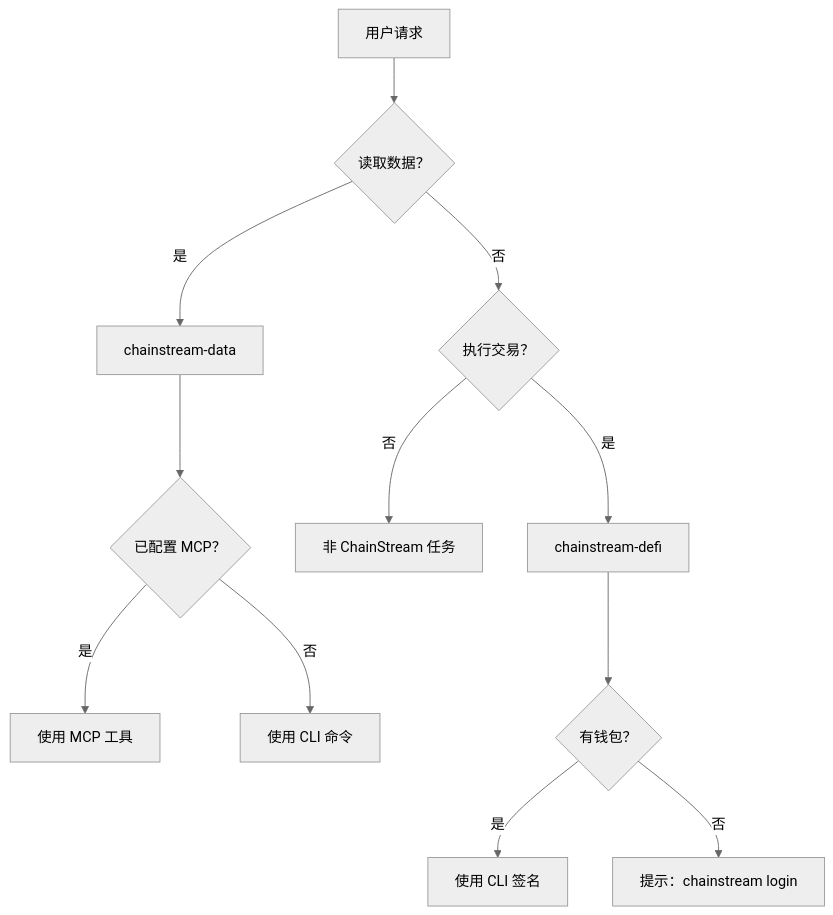
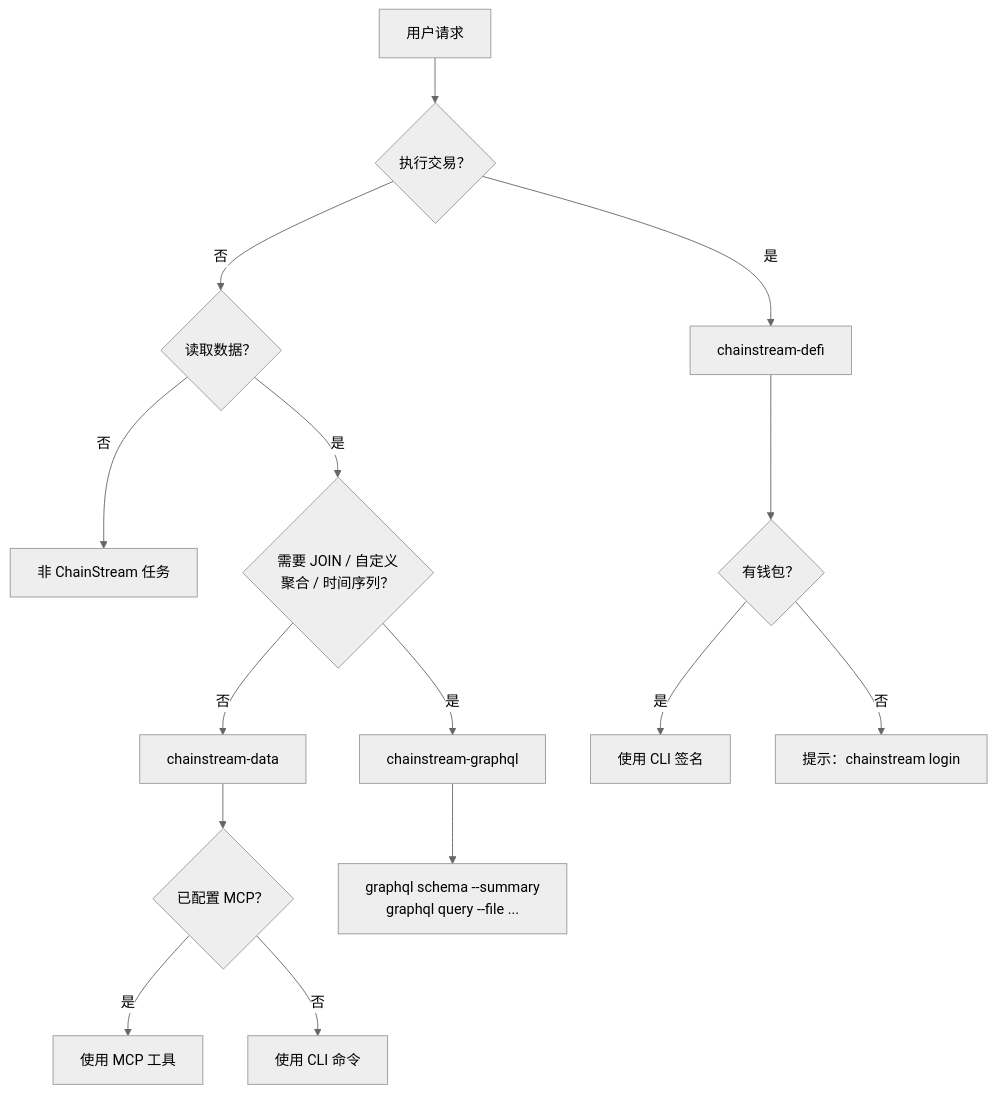
One commit to chainstream-io/docs changed the diagram in cn/docs/ai-agents/agent-skills/introduction.mdx. Above: the diagram before and after it, drawn with Mermaid (neutral theme). The commit also changed other lines of this file and 551 other files, not shown here.

````diff
--- a/cn/docs/ai-agents/agent-skills/introduction.mdx
+++ b/cn/docs/ai-agents/agent-skills/introduction.mdx
@@ -33,16 +36,20 @@
 ```mermaid
 flowchart TD
-  Start["用户请求"] --> IsData{"读取数据？"}
-  IsData -->|是| DataSkill["chainstream-data"]
-  IsData -->|否| IsDefi{"执行交易？"}
-  IsDefi -->|是| DefiSkill["chainstream-defi"]
-  IsDefi -->|否| NotCovered["非 ChainStream 任务"]
+  Start["用户请求"] --> IsExec{"执行交易？"}
+  IsExec -->|是| DefiSkill["chainstream-defi"]
+  IsExec -->|否| IsData{"读取数据？"}
+  IsData -->|否| NotCovered["非 ChainStream 任务"]
+  IsData -->|是| Custom{"需要 JOIN / 自定义<br/>聚合 / 时间序列？"}
+  Custom -->|是| GraphqlSkill["chainstream-graphql"]
+  Custom -->|否| DataSkill["chainstream-data"]
 
   DataSkill --> HasMCP{"已配置 MCP？"}
   HasMCP -->|是| UseMCP["使用 MCP 工具"]
   HasMCP -->|否| UseCLI["使用 CLI 命令"]
 
+  GraphqlSkill --> Schema["graphql schema --summary<br/>graphql query --file ..."]
+
   DefiSkill --> HasWallet{"有钱包？"}
   HasWallet -->|是| UseCLIDeFi["使用 CLI 签名"]
   HasWallet -->|否| NeedWallet["提示：chainstream login"]
 ```
````
